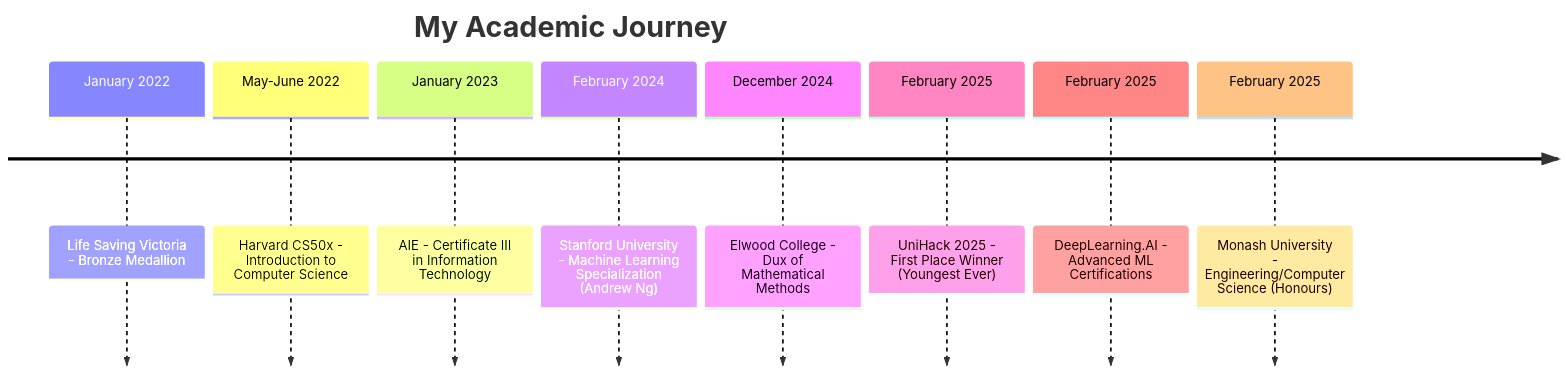
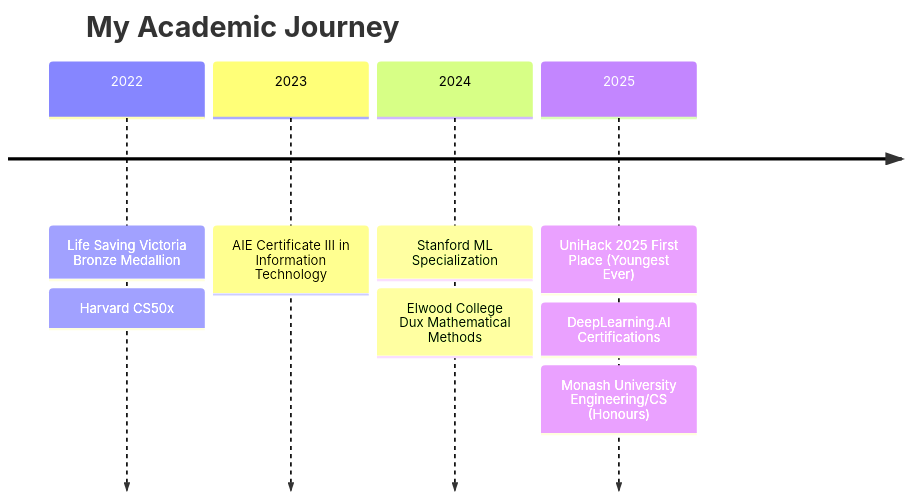
The diagram in README.md (LucaLow/LucaLow), drawn with Mermaid before and after one commit.

````diff
--- a/README.md
+++ b/README.md
@@ -114,12 +114,8 @@
 ```mermaid
 timeline
     title My Academic Journey
-    January 2022 : Life Saving Victoria - Bronze Medallion
-    May-June 2022 : Harvard CS50x - Introduction to Computer Science
-    January 2023 : AIE - Certificate III in Information Technology
-    February 2024 : Stanford University - Machine Learning Specialization (Andrew Ng)
-    December 2024 : Elwood College - Dux of Mathematical Methods
-    February 2025 : UniHack 2025 - First Place Winner (Youngest Ever)
-    February 2025 : DeepLearning.AI - Advanced ML Certifications
-    February 2025 : Monash University - Engineering/Computer Science (Honours)
+    2022 : Life Saving Victoria Bronze Medallion : Harvard CS50x
+    2023 : AIE Certificate III in Information Technology
+    2024 : Stanford ML Specialization : Elwood College Dux Mathematical Methods
+    2025 : UniHack 2025 First Place (Youngest Ever) : DeepLearning.AI Certifications : Monash University Engineering/CS (Honours)
 ```
````
